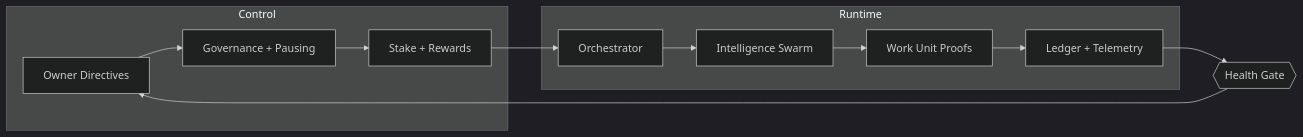
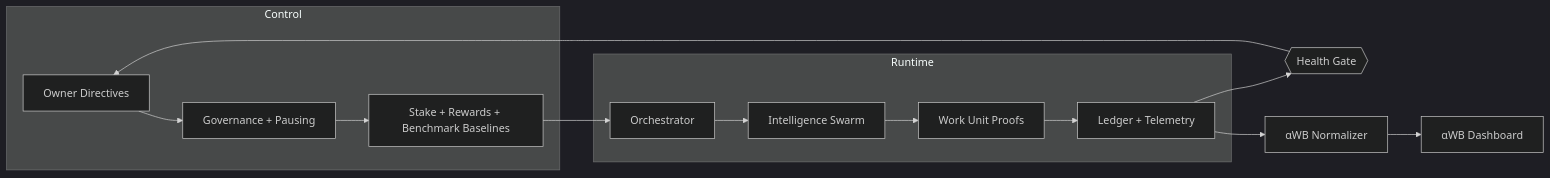
Before and after one commit to MontrealAI/AGI-Alpha-Node-v0: the second of 7 diagrams in README.md, drawn with Mermaid (dark theme). The commit also changed other lines of this file and 4 other files, not shown here.

````diff
--- a/README.md
+++ b/README.md
@@ -72,15 +85,17 @@
 ```mermaid
 flowchart LR
   subgraph Control
     A[Owner Directives] --> B[Governance + Pausing]
-    B --> C[Stake + Rewards]
+    B --> C[Stake + Rewards + Benchmark Baselines]
   end
   subgraph Runtime
     C --> D[Orchestrator]
     D --> E[Intelligence Swarm]
     E --> F[Work Unit Proofs]
     F --> G[Ledger + Telemetry]
   end
   G --> H{{Health Gate}}
+  G --> I[αWB Normalizer]
+  I --> J[αWB Dashboard]
   H --> A
 ```
````
